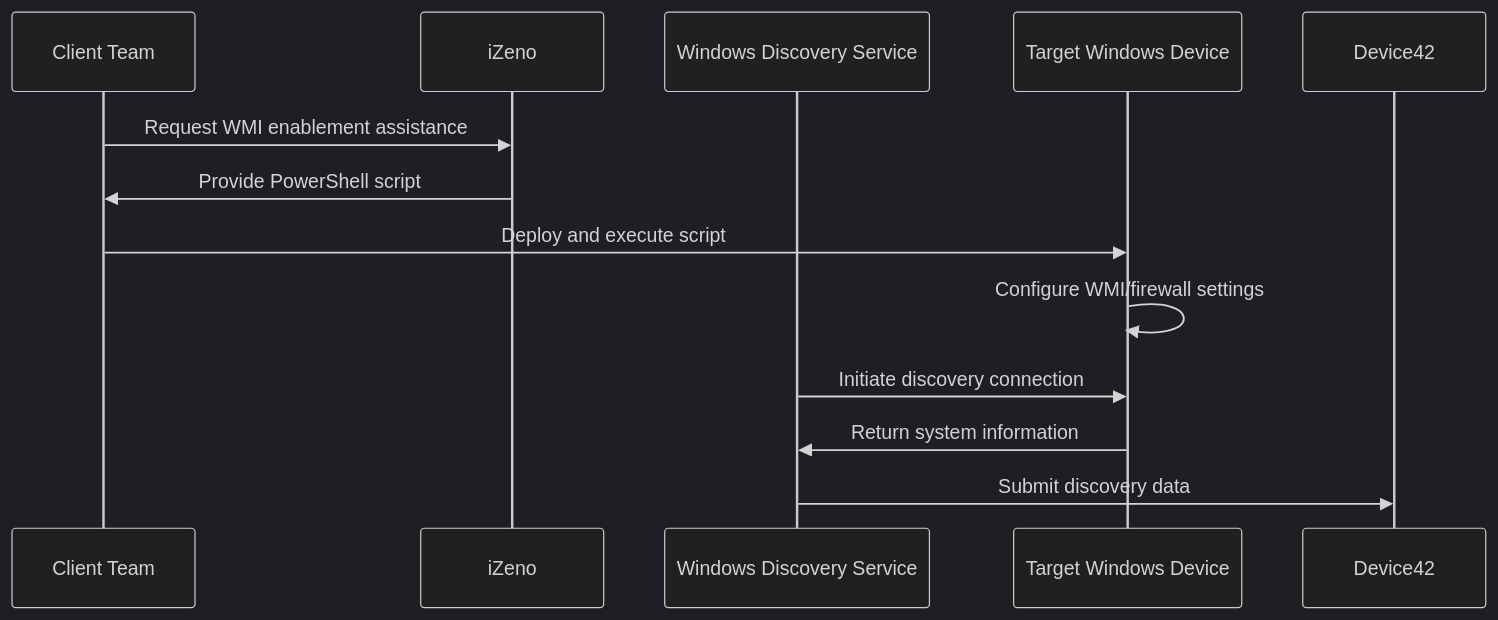
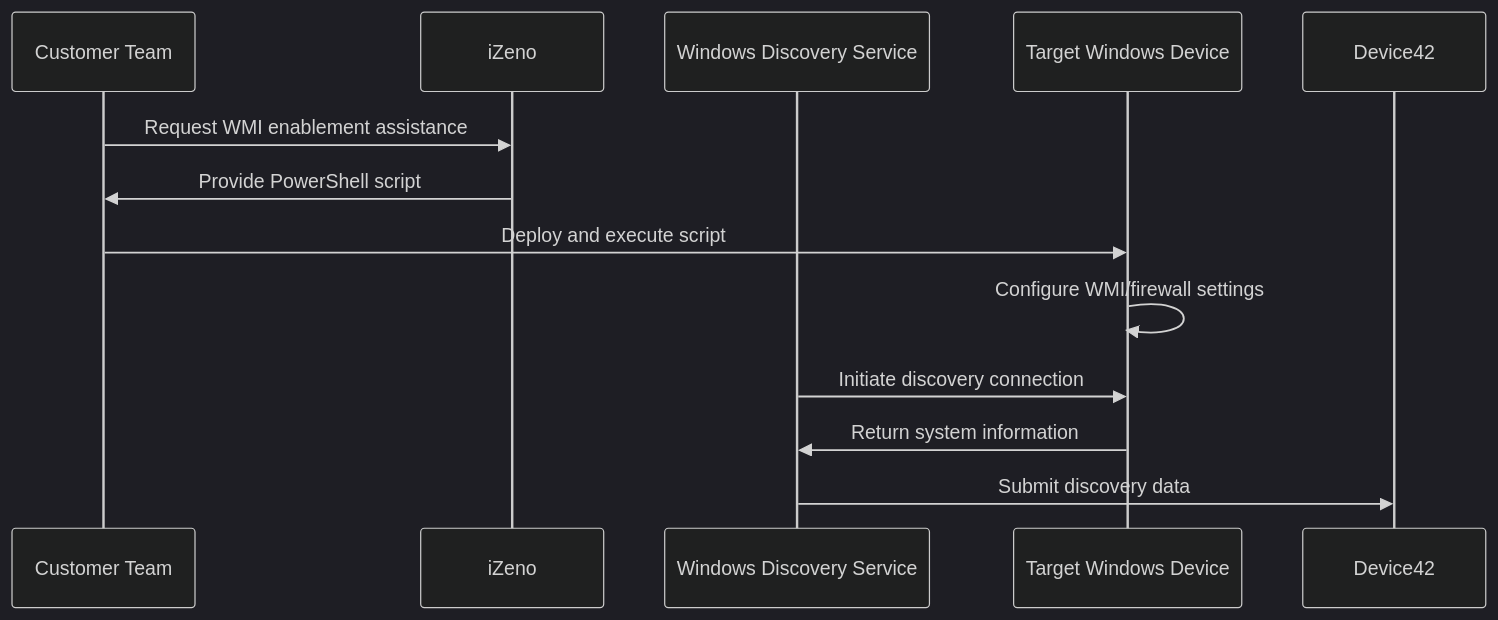
The second of 3 diagrams in Device42/Device42_On-Premise_Discovery_Implementation_Guide.md (ngodn/codex--KB), drawn with Mermaid (dark theme) before and after one commit. The commit also changed other lines of this file, not shown here.

````diff
--- a/Device42/Device42_On-Premise_Discovery_Implementation_Guide.md
+++ b/Device42/Device42_On-Premise_Discovery_Implementation_Guide.md
@@ -225,15 +225,15 @@
 ```mermaid
 sequenceDiagram
-    participant Client as Client Team
+    participant Customer as Customer Team
     participant iZeno as iZeno
     participant WDS as Windows Discovery Service
     participant Target as Target Windows Device
     
-    Client->>iZeno: Request WMI enablement assistance
-    iZeno->>Client: Provide PowerShell script
-    Client->>Target: Deploy and execute script
+    Customer->>iZeno: Request WMI enablement assistance
+    iZeno->>Customer: Provide PowerShell script
+    Customer->>Target: Deploy and execute script
     Target->>Target: Configure WMI/firewall settings
     WDS->>Target: Initiate discovery connection
     Target->>WDS: Return system information
     WDS->>Device42: Submit discovery data
 ```
````
